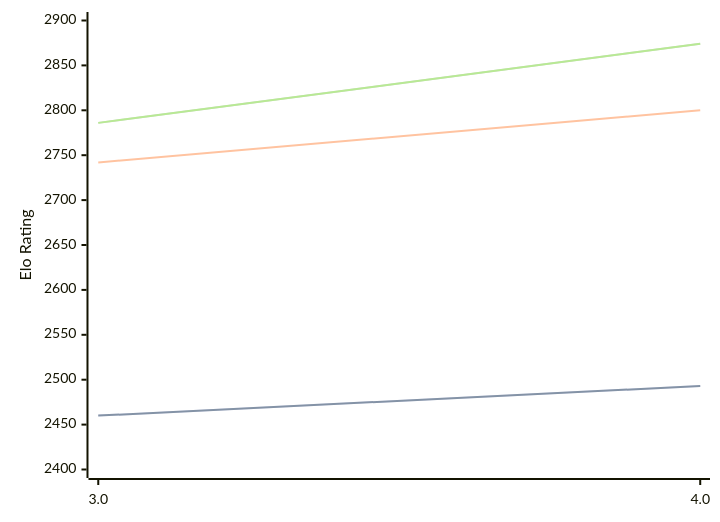
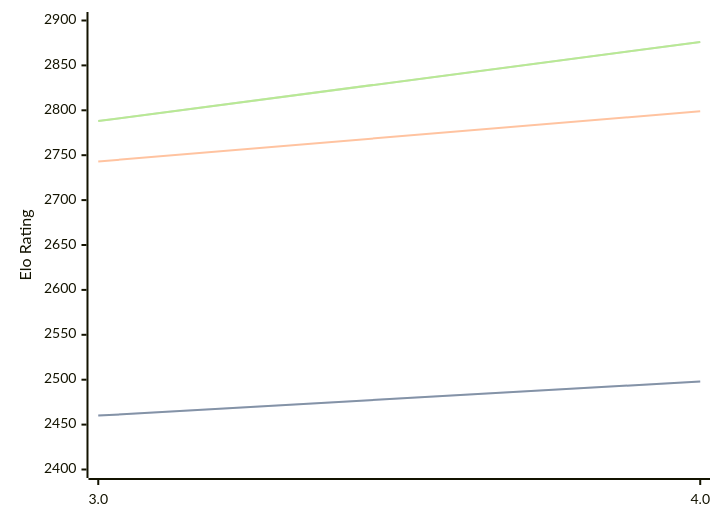
One commit to computer-chess-index/cci changed the third of 3 diagrams in engines/Chess3.md. Above: the diagram before and after it, drawn with Mermaid. The commit also changed other lines of this file, not shown here.

Commit message:
Update CCI Ratings (ELO VLTC) - 2026-06-16

````diff
--- a/engines/Chess3.md
+++ b/engines/Chess3.md
@@ -67,11 +67,11 @@
 ```mermaid
 %%{init: {"theme":"base","themeVariables":{"seriesColors:['#a3a3a3','#222221','#faa371']}}}%%
 xychart-beta
   x-axis ["3.0", "4.0"]
   y-axis "Elo Rating" 2400 --> 2900
-  line "STC (8.0+0.08s)" [2460, 2493]
-  line "STC (8.0+0.08s)" [2460, 2493]
-  line "LTC (60.0+0.60s)" [2742, 2800]
-  line "VLTC (2m24s+1.12s)" [2786, 2874]
-  line "VLTC (2m24s+1.12s)" [2786, 2874]
+  line "STC (8.0+0.08s)" [2460, 2498]
+  line "STC (8.0+0.08s)" [2460, 2498]
+  line "LTC (60.0+0.60s)" [2743, 2799]
+  line "VLTC (2m24s+1.12s)" [2788, 2876]
+  line "VLTC (2m24s+1.12s)" [2788, 2876]
 ```
````
